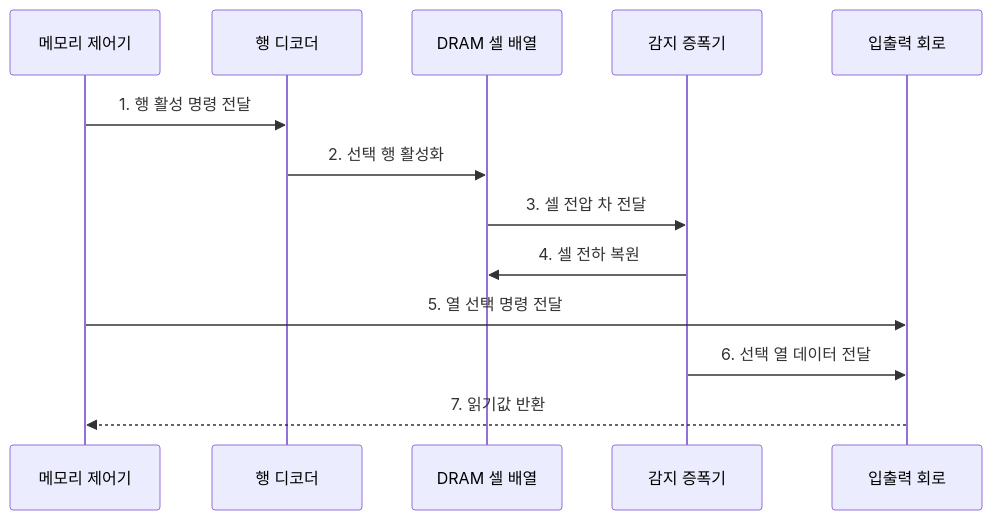
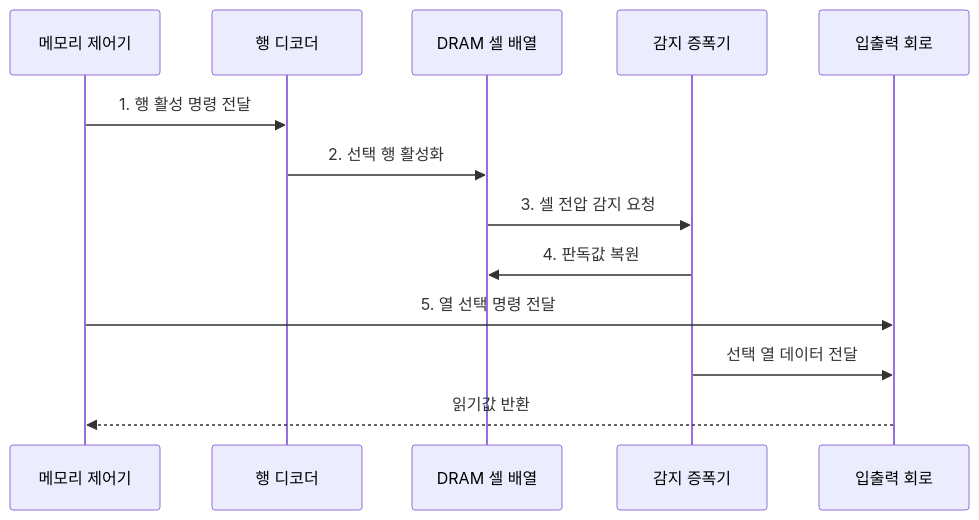
One commit to agnusdei1207/knowledge-base changed the second of 2 diagrams in src/content/docs/notes/02-hardware/023_dram_vs_sram.md. Above: the diagram before and after it, drawn with Mermaid. The commit also changed other lines of this file and 20 other files, not shown here.

````diff
--- a/src/content/docs/notes/02-hardware/023_dram_vs_sram.md
+++ b/src/content/docs/notes/02-hardware/023_dram_vs_sram.md
@@ -86,15 +86,15 @@
 ```mermaid
 sequenceDiagram
     participant C as 메모리 제어기
     participant D as 행 디코더
     participant A as DRAM 셀 배열
     participant S as 감지 증폭기
     participant I as 입출력 회로
     C->>D: 1. 행 활성 명령 전달
     D->>A: 2. 선택 행 활성화
-    A->>S: 3. 셀 전압 차 전달
-    S->>A: 4. 셀 전하 복원
+    A->>S: 3. 셀 전압 감지 요청
+    S->>A: 4. 판독값 복원
     C->>I: 5. 열 선택 명령 전달
-    S->>I: 6. 선택 열 데이터 전달
-    I-->>C: 7. 읽기값 반환
+    S->>I: 선택 열 데이터 전달
+    I-->>C: 읽기값 반환
 ```
````
